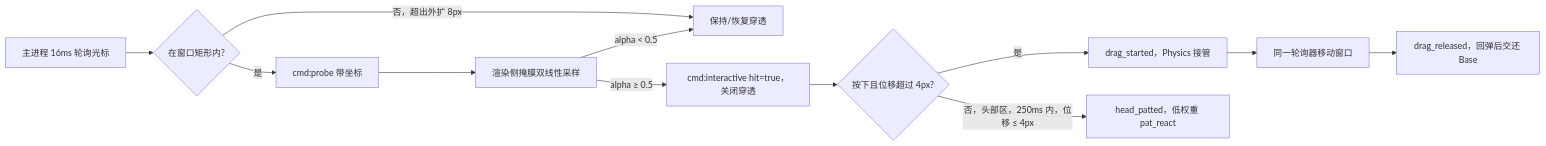
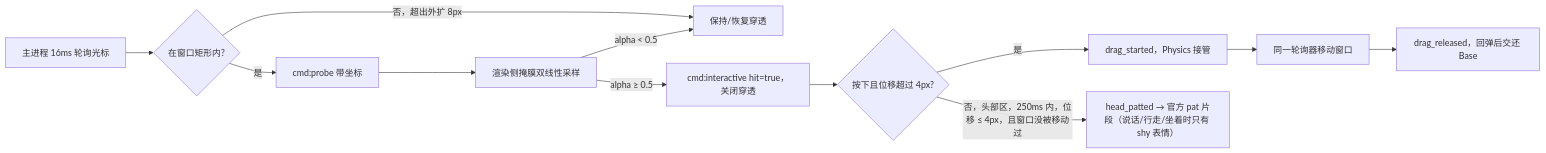
The second of 3 diagrams in docs/CONTRACTS.md (IVCIR/toonpet), drawn with Mermaid before and after one commit. The commit also changed other lines of this file and 36 other files, not shown here.

````diff
--- a/docs/CONTRACTS.md
+++ b/docs/CONTRACTS.md
@@ -614,14 +616,14 @@
 ```mermaid
 flowchart LR
   P["主进程 16ms 轮询光标"] --> Q{"在窗口矩形内?"}
   Q -- "否，超出外扩 8px" --> C["保持/恢复穿透"]
   Q -- "是" --> D["cmd:probe 带坐标"]
   D --> E["渲染侧掩膜双线性采样"]
   E -- "alpha < 0.5" --> C
   E -- "alpha ≥ 0.5" --> F["cmd:interactive hit=true，关闭穿透"]
   F --> G{"按下且位移超过 4px?"}
   G -- "是" --> H["drag_started，Physics 接管"]
   H --> I["同一轮询器移动窗口"]
   I --> J["drag_released，回弹后交还 Base"]
-  G -- "否，头部区，250ms 内，位移 ≤ 4px" --> K["head_patted，低权重 pat_react"]
+  G -- "否，头部区，250ms 内，位移 ≤ 4px，且窗口没被移动过" --> K["head_patted → 官方 pat 片段（说话/行走/坐着时只有 shy 表情）"]
 ```
````
